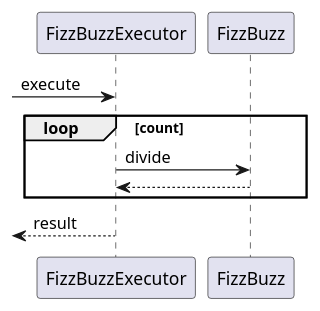
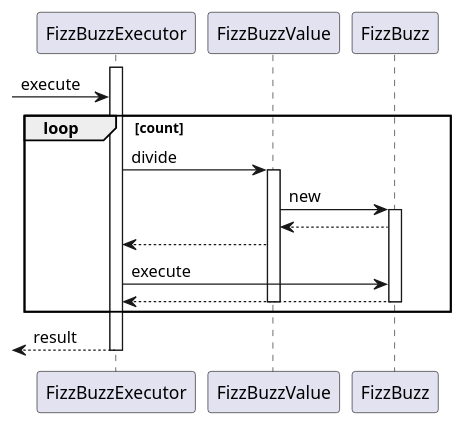
Before and after one commit to k2works/etude_for_ruby: the fourth of 5 diagrams in docs/dev/_fizz_buzz.md, drawn with PlantUML. The commit also changed other lines of this file and 6 other files, not shown here.

````diff
--- a/docs/dev/_fizz_buzz.md
+++ b/docs/dev/_fizz_buzz.md
@@ -46,10 +108,20 @@
 ```puml
 @startuml
+activate FizzBuzzExecutor
 -> FizzBuzzExecutor :execute
 loop count
-  FizzBuzzExecutor -> FizzBuzz :divide
-  FizzBuzzExecutor <-- FizzBuzz
+  FizzBuzzExecutor -> FizzBuzzValue :divide
+  activate FizzBuzzValue
+    FizzBuzzValue -> FizzBuzz :new  
+    activate FizzBuzz
+      FizzBuzz --> FizzBuzzValue
+      FizzBuzzExecutor <-- FizzBuzzValue
+      FizzBuzzExecutor -> FizzBuzz :execute
+      FizzBuzz --> FizzBuzzExecutor
+    deactivate FizzBuzz
+  deactivate FizzBuzzValue
 end
 <-- FizzBuzzExecutor :result
+deactivate FizzBuzzExecutor
 @enduml
 ```
````
